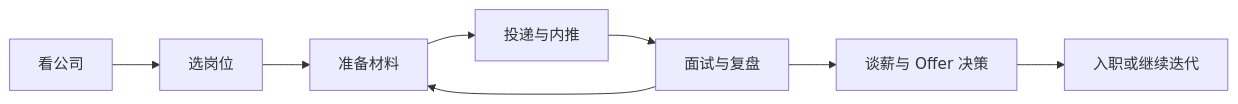
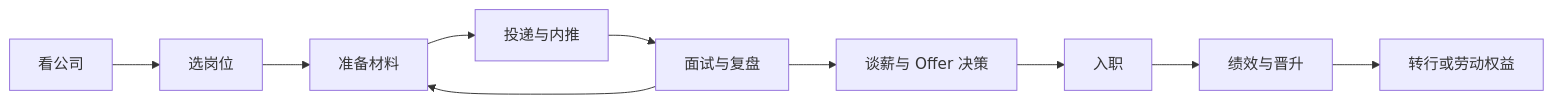
One commit to AI-PM-Wiki/AIPM changed the diagram in docs/job/index.md. Above: the diagram before and after it, drawn with Mermaid. The commit also changed other lines of this file and 17 other files, not shown here.

Commit message:
docs: expand architecture and career topics

````diff
--- a/docs/job/index.md
+++ b/docs/job/index.md
@@ -9,10 +9,12 @@
 ```mermaid
 flowchart LR
     A[看公司] --> B[选岗位]
     B --> C[准备材料]
     C --> D[投递与内推]
     D --> E[面试与复盘]
     E --> F[谈薪与 Offer 决策]
-    F --> G[入职或继续迭代]
+    F --> G[入职]
+    G --> H[绩效与晋升]
+    H --> I[转行或劳动权益]
     E --> C
 ```
````
